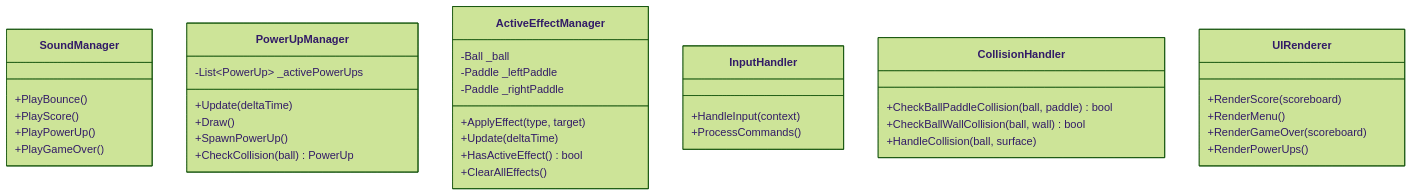
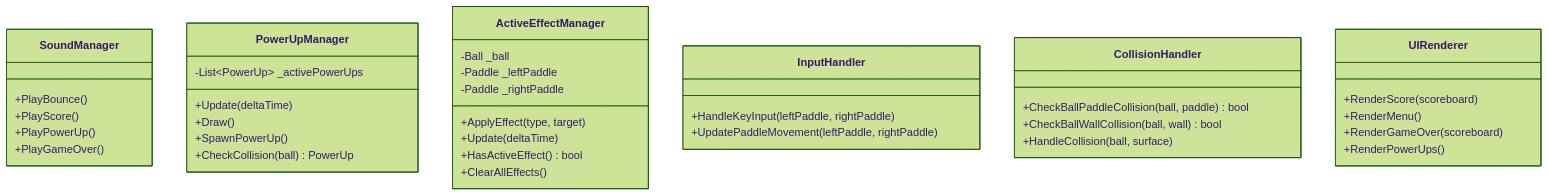
One commit to 105727702/pong_game_c-1 changed the tenth of 14 diagrams in pong_game/UML_DIAGRAM_MERMAID.md. Above: the diagram before and after it, drawn with Mermaid (forest theme). The commit also changed other lines of this file and 9 other files, not shown here.

````diff
--- a/pong_game/UML_DIAGRAM_MERMAID.md
+++ b/pong_game/UML_DIAGRAM_MERMAID.md
@@ -474,45 +496,45 @@
 ```mermaid
 classDiagram
     class SoundManager {
         +PlayBounce()
         +PlayScore()
         +PlayPowerUp()
         +PlayGameOver()
     }
     
     class PowerUpManager {
         -List~PowerUp~ _activePowerUps
         +Update(deltaTime)
         +Draw()
         +SpawnPowerUp()
         +CheckCollision(ball) PowerUp
     }
     
     class ActiveEffectManager {
         -Ball _ball
         -Paddle _leftPaddle
         -Paddle _rightPaddle
         +ApplyEffect(type, target)
         +Update(deltaTime)
         +HasActiveEffect() bool
         +ClearAllEffects()
     }
     
     class InputHandler {
-        +HandleInput(context)
-        +ProcessCommands()
+        +HandleKeyInput(leftPaddle, rightPaddle)
+        +UpdatePaddleMovement(leftPaddle, rightPaddle)
     }
     
     class CollisionHandler {
         +CheckBallPaddleCollision(ball, paddle) bool
         +CheckBallWallCollision(ball, wall) bool
         +HandleCollision(ball, surface)
     }
     
     class UIRenderer {
         +RenderScore(scoreboard)
         +RenderMenu()
         +RenderGameOver(scoreboard)
         +RenderPowerUps()
     }
 ```
````
